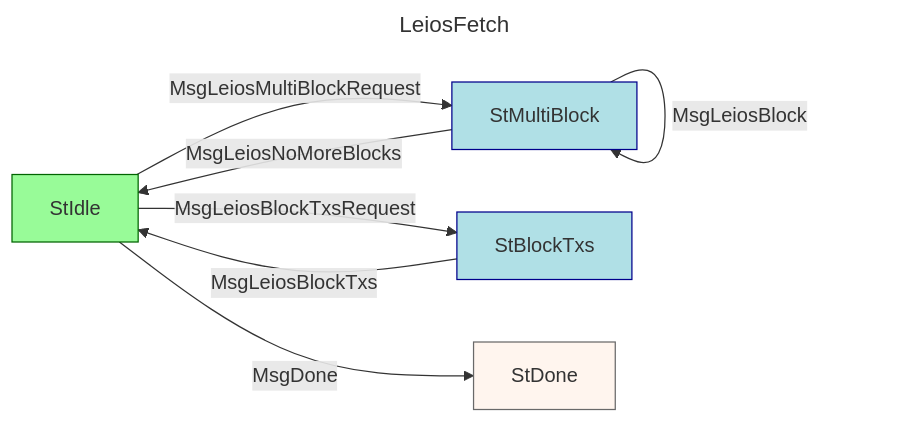
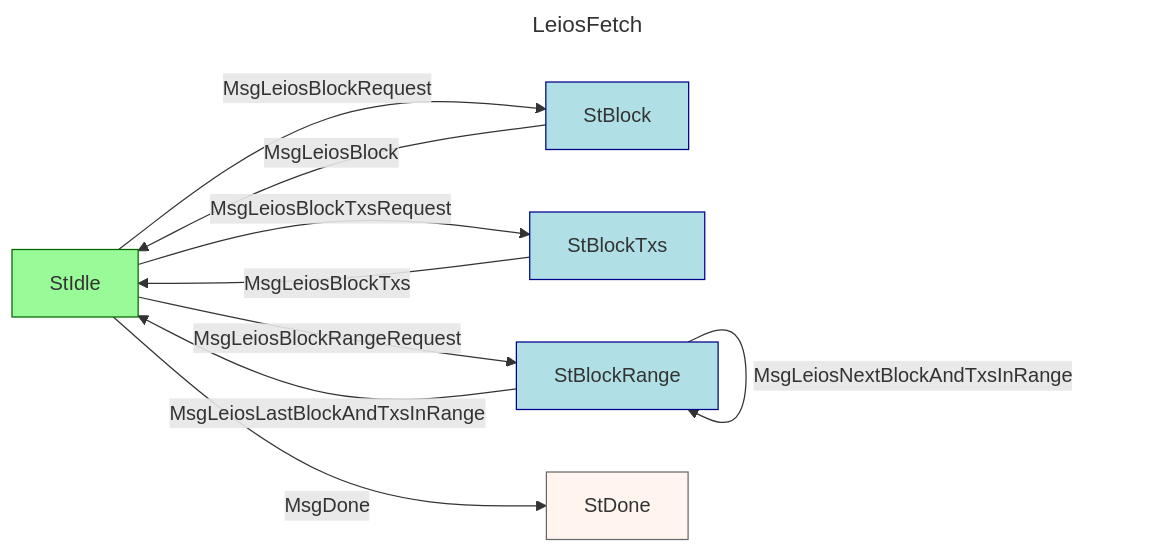
The second of 2 diagrams in CIP-0164/README.md (cardano-foundation/CIPs), drawn with Mermaid before and after one commit. The commit also changed other lines of this file, not shown here.

````diff
--- a/CIP-0164/README.md
+++ b/CIP-0164/README.md
@@ -1482,15 +1435,17 @@
 ```mermaid
 ---
 title: LeiosFetch
 ---
 graph LR
    style StIdle fill:PaleGreen,stroke:DarkGreen;
-   style StMultiBlock fill:PowderBlue,stroke:DarkBlue;
+   style StBlock fill:PowderBlue,stroke:DarkBlue;
    style StBlockTxs fill:PowderBlue,stroke:DarkBlue;
+   style StBlockRange fill:PowderBlue,stroke:DarkBlue;
    style StDone fill:SeaShell,stroke:DimGray;
 
-   StIdle -->|MsgLeiosMultiBlockRequest| StMultiBlock -->|MsgLeiosBlock| StMultiBlock -->|MsgLeiosNoMoreBlocks| StIdle
+   StIdle -->|MsgLeiosBlockRequest| StBlock -->|MsgLeiosBlock| StIdle
    StIdle -->|MsgLeiosBlockTxsRequest| StBlockTxs -->|MsgLeiosBlockTxs| StIdle
+   StIdle -->|MsgLeiosBlockRangeRequest| StBlockRange -->|MsgLeiosNextBlockAndTxsInRange| StBlockRange -->|MsgLeiosLastBlockAndTxsInRange| StIdle
 
    StIdle -->|MsgDone| StDone
 ```
````
